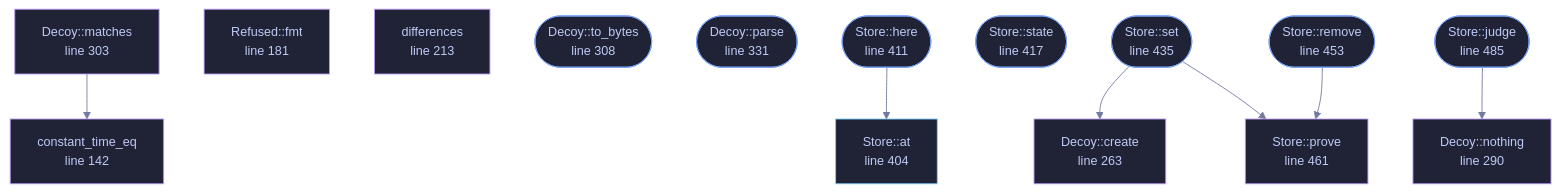
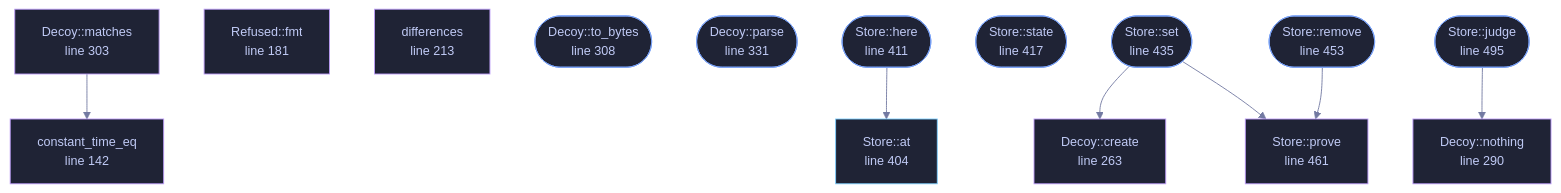
The diagram in docs/files/veilvoice-crypto/decoy.md (tilas01/veilvoice), drawn with Mermaid before and after one commit. The commit also changed other lines of this file and 48 other files, not shown here.

````diff
--- a/docs/files/veilvoice-crypto/decoy.md
+++ b/docs/files/veilvoice-crypto/decoy.md
@@ -167,50 +167,50 @@
 ```mermaid
 %%{init: {"theme":"base","themeVariables":{"background":"#1a1b26","primaryColor":"#1f2335","primaryTextColor":"#c0caf5","primaryBorderColor":"#7aa2f7","secondaryColor":"#16161e","tertiaryColor":"#16161e","lineColor":"#737aa2","textColor":"#c0caf5","mainBkg":"#1f2335","nodeBorder":"#7aa2f7","clusterBkg":"#16161e","clusterBorder":"#2f3549","fontFamily":"ui-monospace, SFMono-Regular, Consolas, monospace","fontSize":"14px"}}}%%
 flowchart TD
     n_create["Verifier::create<br/>line 125"]
     n_matches["Verifier::matches<br/>line 135"]
     n_constant_time_eq["constant_time_eq<br/>line 142"]
     n_fmt["Refused::fmt<br/>line 181"]
     n_differences["differences<br/>line 213"]
     n_create["Decoy::create<br/>line 263"]
     n_nothing["Decoy::nothing<br/>line 290"]
     n_matches["Decoy::matches<br/>line 303"]
     n_to_bytes(["Decoy::to_bytes<br/>line 308"])
     n_parse(["Decoy::parse<br/>line 331"])
     n_at["Store::at<br/>line 404"]
     n_here(["Store::here<br/>line 411"])
     n_state(["Store::state<br/>line 417"])
     n_set(["Store::set<br/>line 435"])
     n_remove(["Store::remove<br/>line 453"])
     n_prove["Store::prove<br/>line 461"]
-    n_judge(["Store::judge<br/>line 485"])
+    n_judge(["Store::judge<br/>line 495"])
     n_here --> n_at
     n_judge --> n_nothing
     n_matches --> n_constant_time_eq
     n_remove --> n_prove
     n_set --> n_create
     n_set --> n_prove
     click n_create href "https://github.com/tilas01/veilvoice/blob/main/crates/veilvoice-crypto/src/decoy.rs#L125" "open the source"
     click n_matches href "https://github.com/tilas01/veilvoice/blob/main/crates/veilvoice-crypto/src/decoy.rs#L135" "open the source"
     click n_constant_time_eq href "https://github.com/tilas01/veilvoice/blob/main/crates/veilvoice-crypto/src/decoy.rs#L142" "open the source"
     click n_fmt href "https://github.com/tilas01/veilvoice/blob/main/crates/veilvoice-crypto/src/decoy.rs#L181" "open the source"
     click n_differences href "https://github.com/tilas01/veilvoice/blob/main/crates/veilvoice-crypto/src/decoy.rs#L213" "open the source"
     click n_create href "https://github.com/tilas01/veilvoice/blob/main/crates/veilvoice-crypto/src/decoy.rs#L263" "open the source"
     click n_nothing href "https://github.com/tilas01/veilvoice/blob/main/crates/veilvoice-crypto/src/decoy.rs#L290" "open the source"
     click n_matches href "https://github.com/tilas01/veilvoice/blob/main/crates/veilvoice-crypto/src/decoy.rs#L303" "open the source"
     click n_to_bytes href "https://github.com/tilas01/veilvoice/blob/main/crates/veilvoice-crypto/src/decoy.rs#L308" "open the source"
     click n_parse href "https://github.com/tilas01/veilvoice/blob/main/crates/veilvoice-crypto/src/decoy.rs#L331" "open the source"
     click n_at href "https://github.com/tilas01/veilvoice/blob/main/crates/veilvoice-crypto/src/decoy.rs#L404" "open the source"
     click n_here href "https://github.com/tilas01/veilvoice/blob/main/crates/veilvoice-crypto/src/decoy.rs#L411" "open the source"
     click n_state href "https://github.com/tilas01/veilvoice/blob/main/crates/veilvoice-crypto/src/decoy.rs#L417" "open the source"
     click n_set href "https://github.com/tilas01/veilvoice/blob/main/crates/veilvoice-crypto/src/decoy.rs#L435" "open the source"
     click n_remove href "https://github.com/tilas01/veilvoice/blob/main/crates/veilvoice-crypto/src/decoy.rs#L453" "open the source"
     click n_prove href "https://github.com/tilas01/veilvoice/blob/main/crates/veilvoice-crypto/src/decoy.rs#L461" "open the source"
-    click n_judge href "https://github.com/tilas01/veilvoice/blob/main/crates/veilvoice-crypto/src/decoy.rs#L485" "open the source"
+    click n_judge href "https://github.com/tilas01/veilvoice/blob/main/crates/veilvoice-crypto/src/decoy.rs#L495" "open the source"
     classDef entry fill:#1f2335,stroke:#7aa2f7,color:#c0caf5
     class n_to_bytes,n_parse,n_here,n_state,n_set,n_remove,n_judge entry
     classDef api fill:#1f2335,stroke:#7dcfff,color:#c0caf5
     class n_create,n_at api
     classDef helper fill:#1f2335,stroke:#bb9af7,color:#c0caf5
     class n_create,n_matches,n_constant_time_eq,n_fmt,n_differences,n_nothing,n_matches,n_prove helper
 ```
````
